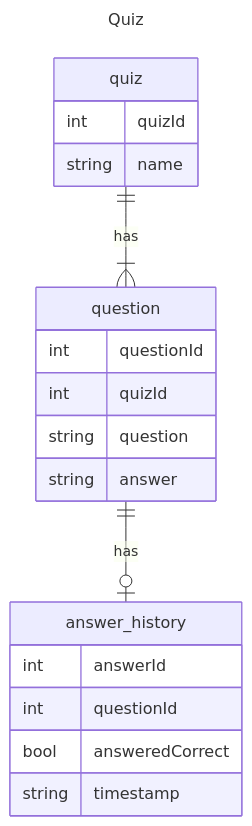
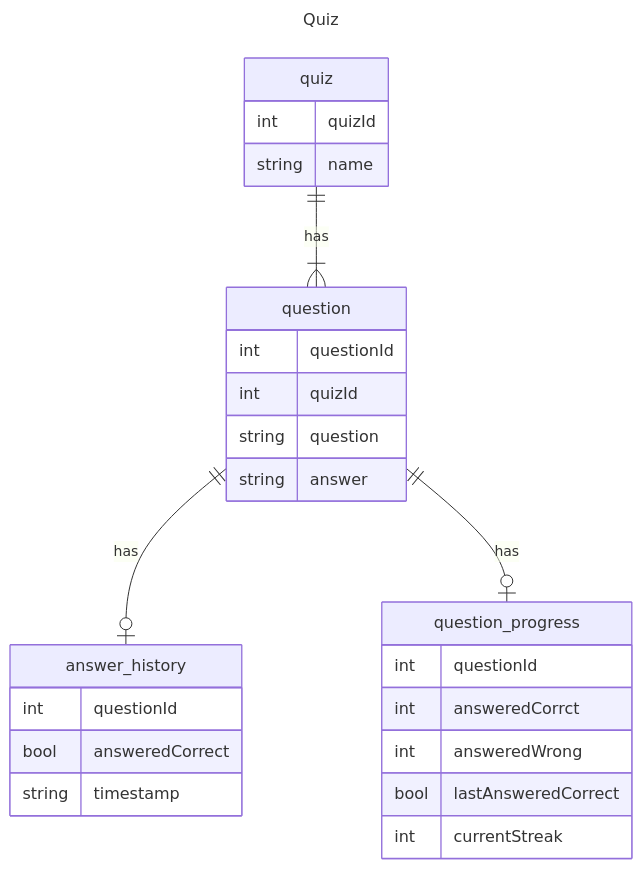
Before and after one commit to Duskgame/obsidian_notes: the diagram in App project/Planning/Quiz ERM.md, drawn with Mermaid. The commit also changed 4 other files, not shown here.

````diff
--- a/App project/Planning/Quiz ERM.md
+++ b/App project/Planning/Quiz ERM.md
@@ -2,27 +2,35 @@
 ```mermaid
 ---
 title: Quiz
 ---
 erDiagram
 	quiz {
 		int quizId
 		string name
 	}
 	
 	question {
 		int questionId
 		int quizId
 		string question
 		string answer
 	}
 	
 	answer_history {
-		int answerId
 		int questionId
 		bool answeredCorrect
 		string timestamp
 	}
+	
+	question_progress {
+		int questionId
+		int answeredCorrct
+		int answeredWrong
+		bool lastAnsweredCorrect
+		int currentStreak
+	}
 		
 	quiz ||--|{ question: has
 	question ||--o| answer_history: has
+	question ||--o| question_progress: has
 ```
````
